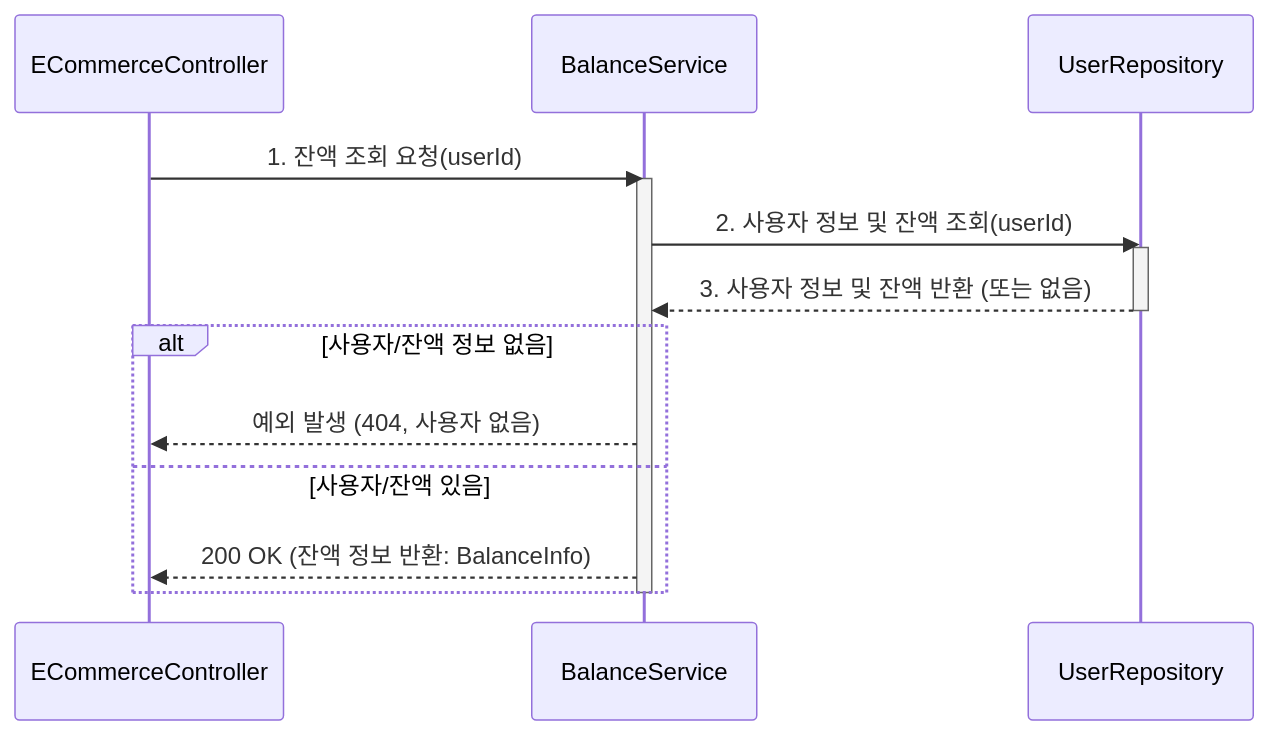
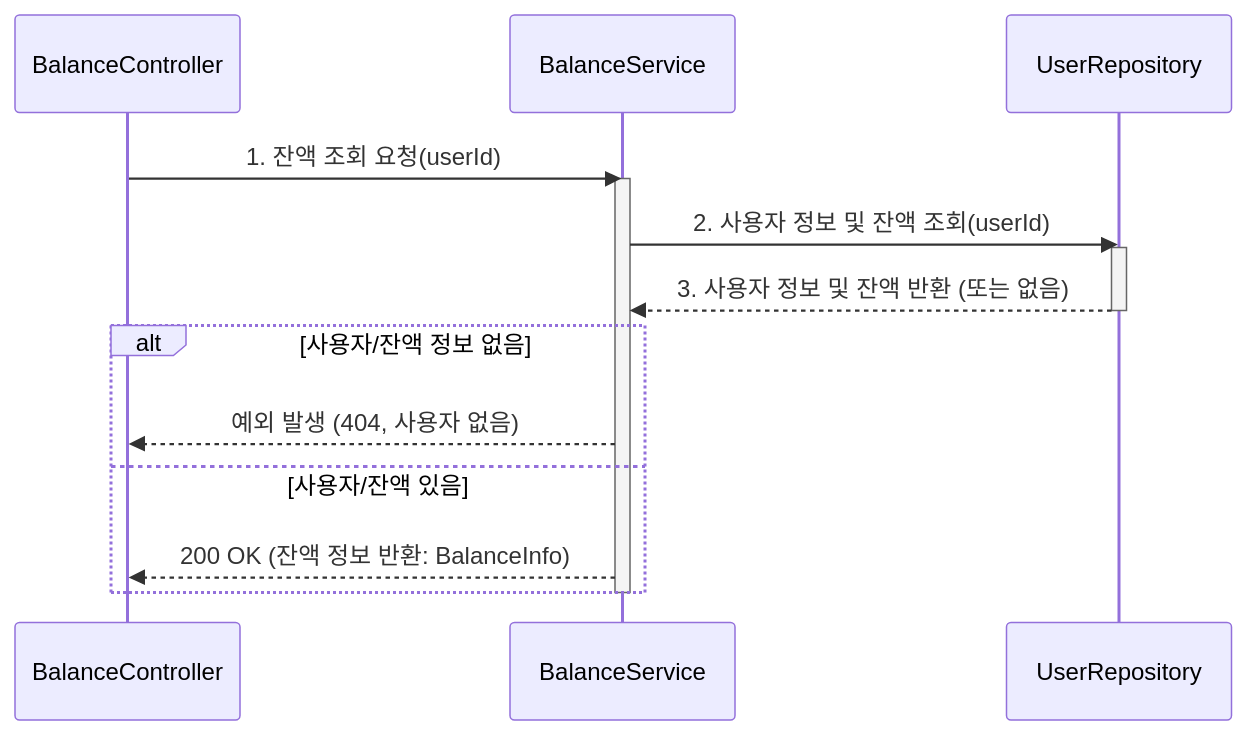
One commit to ssunnykku/e-commerce changed the diagram in docs/sequence/get_balance.md. Above: the diagram before and after it, drawn with Mermaid.

````diff
--- a/docs/sequence/get_balance.md
+++ b/docs/sequence/get_balance.md
@@ -2,22 +2,22 @@
 ```mermaid
 sequenceDiagram
-    participant BalanceController as ECommerceController
+    participant BalanceController
     participant BalanceService
     participant UserRepository
 
     BalanceController->>BalanceService: 1. 잔액 조회 요청(userId)
     activate BalanceService
 
         BalanceService->>UserRepository: 2. 사용자 정보 및 잔액 조회(userId)
         activate UserRepository
         UserRepository-->>BalanceService: 3. 사용자 정보 및 잔액 반환 (또는 없음)
         deactivate UserRepository
         
         alt 사용자/잔액 정보 없음
             BalanceService-->>BalanceController: 예외 발생 (404, 사용자 없음)
         else 사용자/잔액 있음
             BalanceService-->>BalanceController: 200 OK (잔액 정보 반환: BalanceInfo)
         end
     deactivate BalanceService
 
 ```
````
